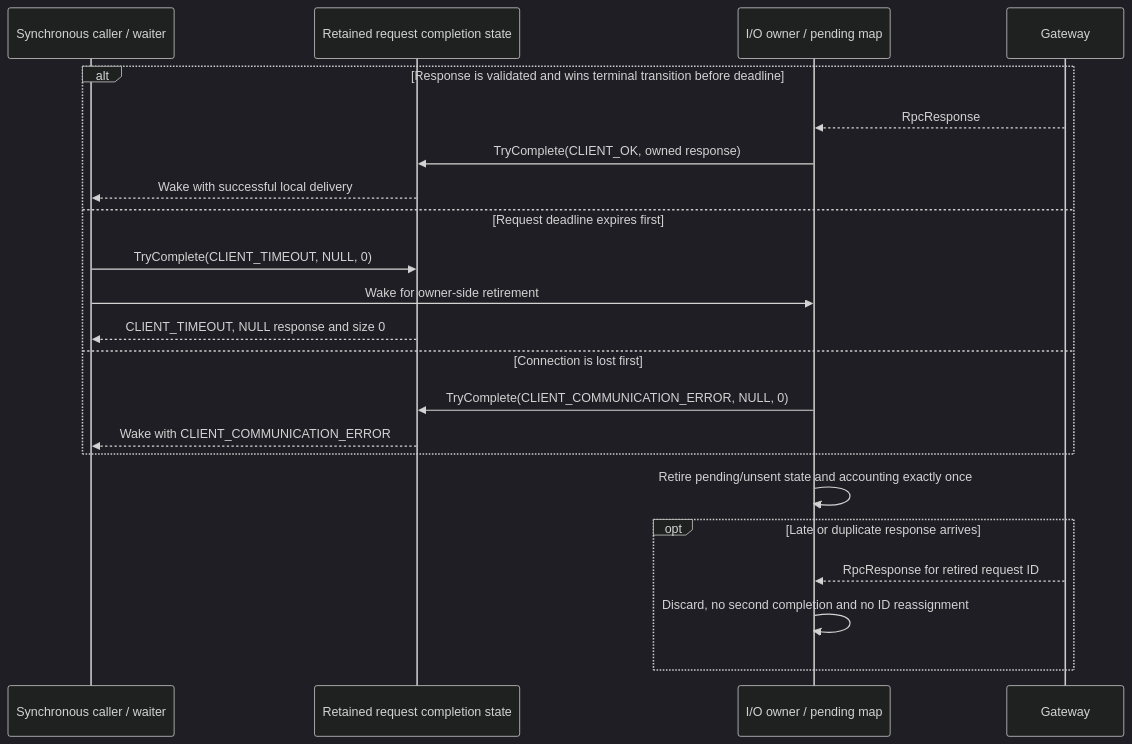
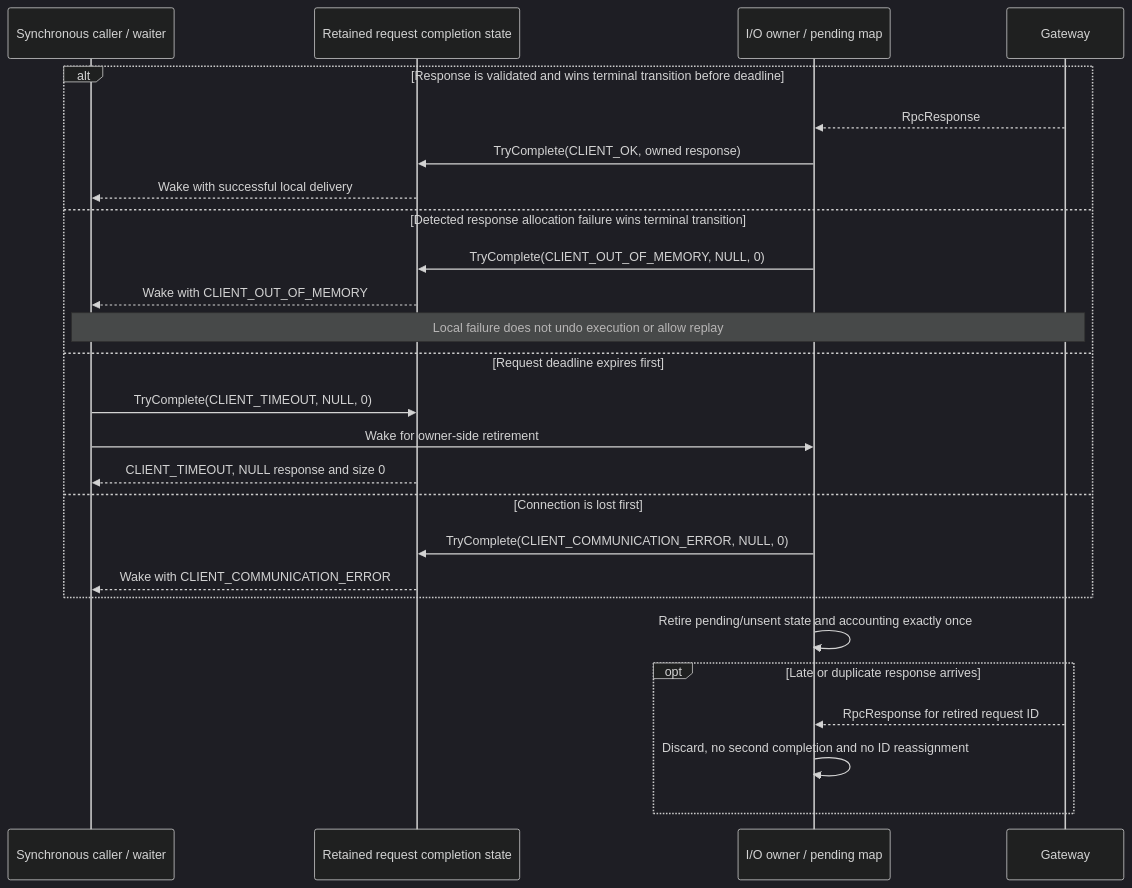
Before and after one commit to rdkcentral/eyil-secure-gateway: the eighth of 30 diagrams in doc/EyilSecureGateway.md, drawn with Mermaid (dark theme). The commit also changed other lines of this file and 1 other file, not shown here.

Commit message:
RDKEMW-27976: Remove QEUE_FULL erro as not needed

````diff
--- a/doc/EyilSecureGateway.md
+++ b/doc/EyilSecureGateway.md
@@ -1268,24 +1426,28 @@
 ```mermaid
 sequenceDiagram
     participant A as Synchronous caller / waiter
     participant R as Retained request completion state
     participant IO as I/O owner / pending map
     participant G as Gateway
     alt Response is validated and wins terminal transition before deadline
         G-->>IO: RpcResponse
         IO->>R: TryComplete(CLIENT_OK, owned response)
         R-->>A: Wake with successful local delivery
+    else Detected response allocation failure wins terminal transition
+        IO->>R: TryComplete(CLIENT_OUT_OF_MEMORY, NULL, 0)
+        R-->>A: Wake with CLIENT_OUT_OF_MEMORY
+        Note over A,G: Local failure does not undo execution or allow replay
     else Request deadline expires first
         A->>R: TryComplete(CLIENT_TIMEOUT, NULL, 0)
         A->>IO: Wake for owner-side retirement
         R-->>A: CLIENT_TIMEOUT, NULL response and size 0
     else Connection is lost first
         IO->>R: TryComplete(CLIENT_COMMUNICATION_ERROR, NULL, 0)
         R-->>A: Wake with CLIENT_COMMUNICATION_ERROR
     end
     IO->>IO: Retire pending/unsent state and accounting exactly once
     opt Late or duplicate response arrives
         G-->>IO: RpcResponse for retired request ID
         IO->>IO: Discard, no second completion and no ID reassignment
     end
 ```
````
